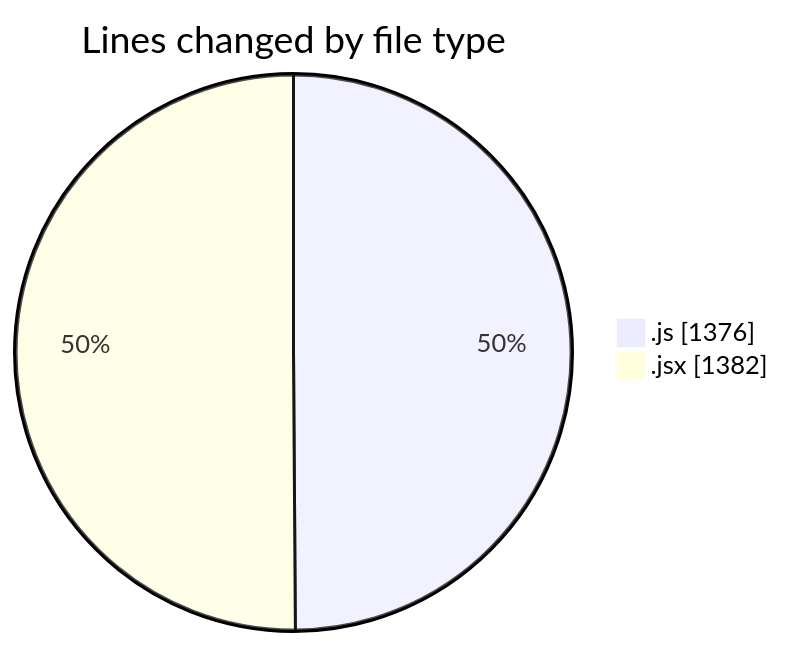
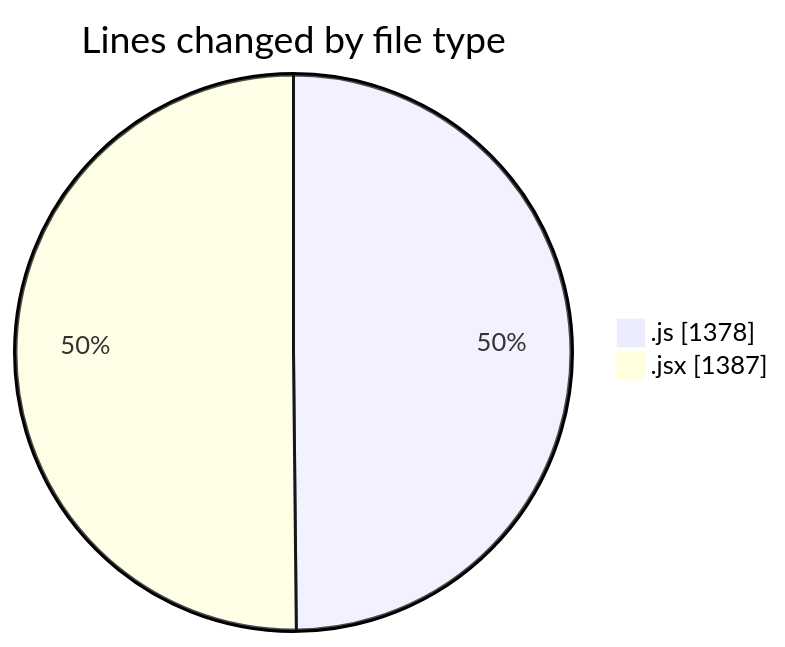
One commit to nxtqubesakshisongat/code-tracking changed the first of 2 diagrams in 2025-07-29/nxtqube_webapp/README.md. Above: the diagram before and after it, drawn with Mermaid. The commit also changed other lines of this file and 1 other file, not shown here.

````diff
--- a/2025-07-29/nxtqube_webapp/README.md
+++ b/2025-07-29/nxtqube_webapp/README.md
@@ -27,6 +27,6 @@
 ```mermaid
 pie showData
 title Lines changed by file type
-".js" : 1376
-".jsx" : 1382
+".js" : 1378
+".jsx" : 1387
 ```
````
